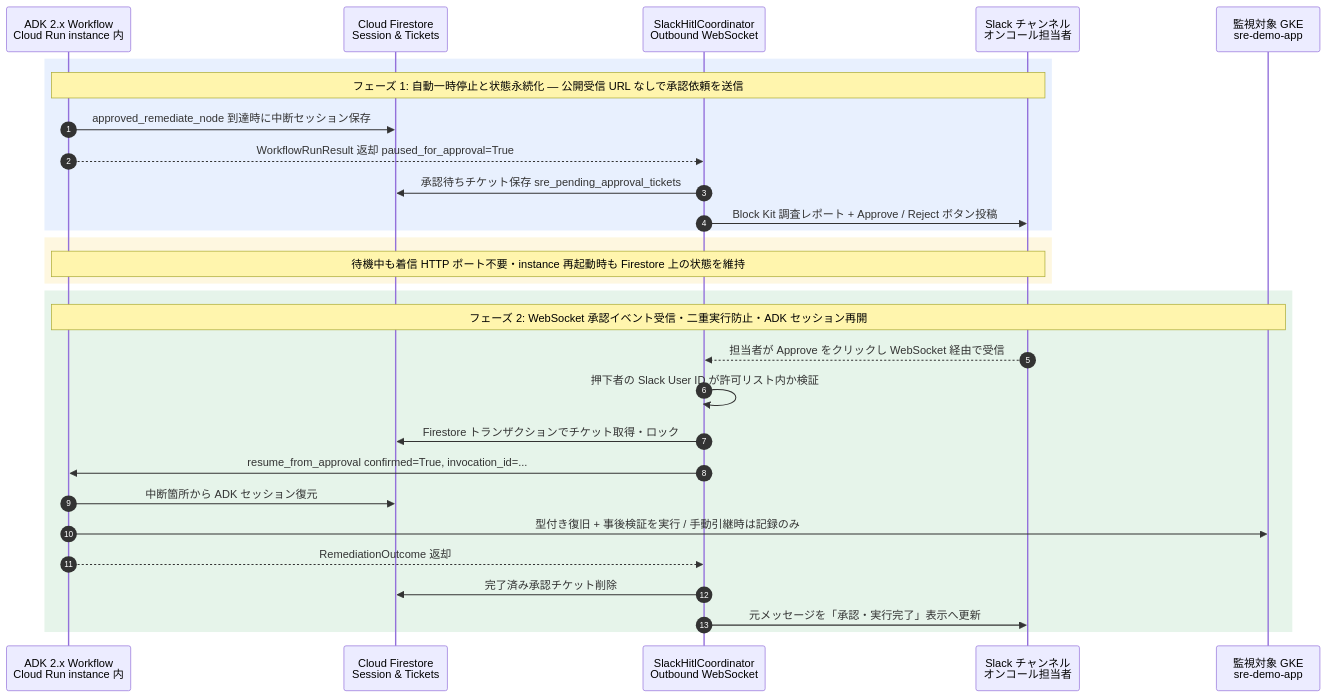
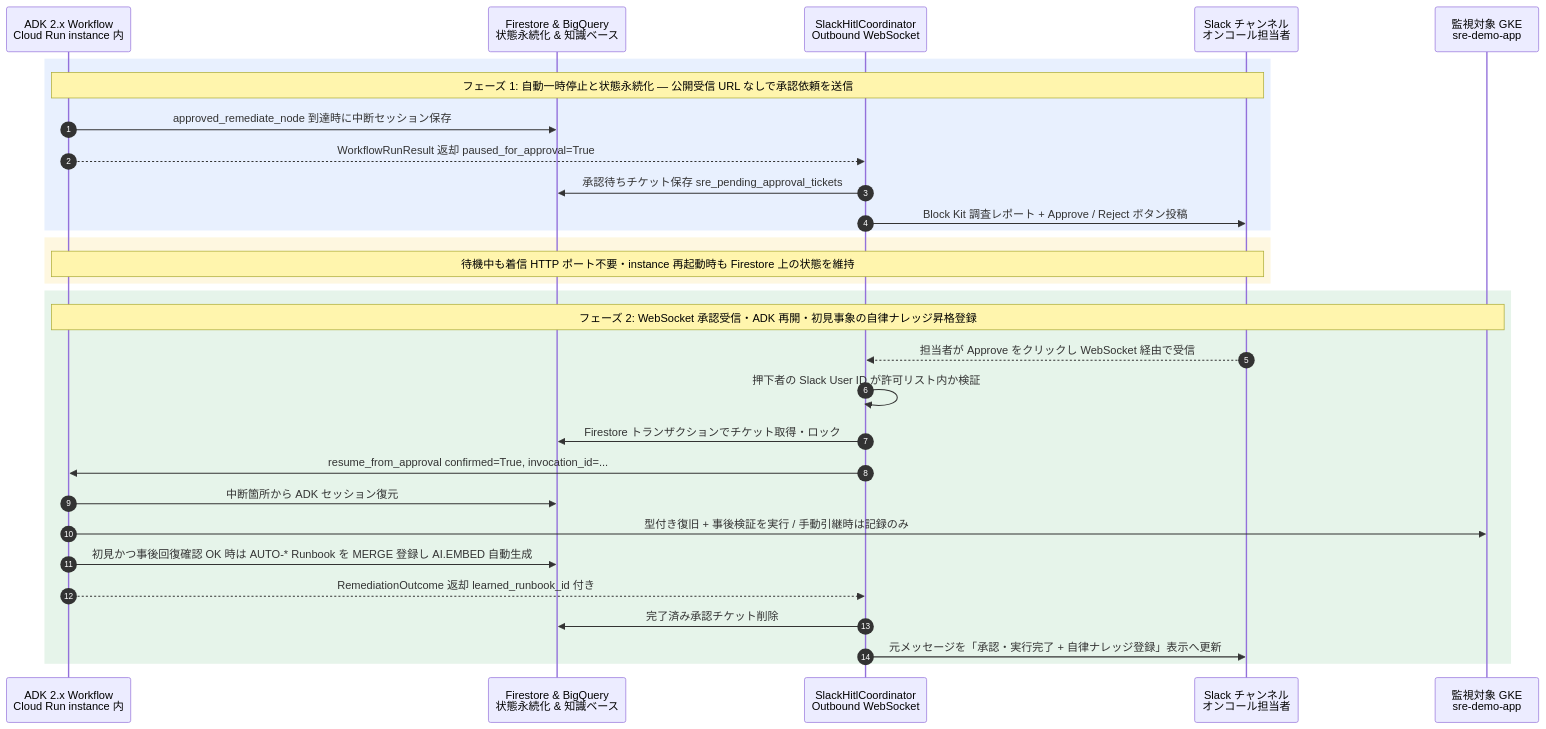
One commit to tyorikan/agentic-sre-handson changed the fourth of 4 diagrams in docs/04-auto-remediation-and-slack-hitl.md. Above: the diagram before and after it, drawn with Mermaid. The commit also changed other lines of this file and 34 other files, not shown here.

Commit message:
feat: BigQuery AI.EMBED自律埋め込み知識ベース・解決ナレッジ自律昇格・訓練4を追加

````diff
--- a/docs/04-auto-remediation-and-slack-hitl.md
+++ b/docs/04-auto-remediation-and-slack-hitl.md
@@ -160,34 +160,35 @@
 ```mermaid
 sequenceDiagram
     autonumber
     participant WF as ADK 2.x Workflow<br/>Cloud Run instance 内
-    participant DB as Cloud Firestore<br/>Session & Tickets
+    participant DB as Firestore & BigQuery<br/>状態永続化 & 知識ベース
     participant Bolt as SlackHitlCoordinator<br/>Outbound WebSocket
     participant Slack as Slack チャンネル<br/>オンコール担当者
     participant GKE as 監視対象 GKE<br/>sre-demo-app
 
     rect rgb(232, 240, 254)
         Note over WF,Slack: フェーズ 1: 自動一時停止と状態永続化 — 公開受信 URL なしで承認依頼を送信
         WF->>DB: approved_remediate_node 到達時に中断セッション保存
         WF-->>Bolt: WorkflowRunResult 返却 paused_for_approval=True
         Bolt->>DB: 承認待ちチケット保存 sre_pending_approval_tickets
         Bolt->>Slack: Block Kit 調査レポート + Approve / Reject ボタン投稿
     end
 
     rect rgb(254, 247, 224)
         Note over WF,Slack: 待機中も着信 HTTP ポート不要・instance 再起動時も Firestore 上の状態を維持
     end
 
     rect rgb(230, 244, 234)
-        Note over WF,GKE: フェーズ 2: WebSocket 承認イベント受信・二重実行防止・ADK セッション再開
+        Note over WF,GKE: フェーズ 2: WebSocket 承認受信・ADK 再開・初見事象の自律ナレッジ昇格登録
         Slack-->>Bolt: 担当者が Approve をクリックし WebSocket 経由で受信
         Bolt->>Bolt: 押下者の Slack User ID が許可リスト内か検証
         Bolt->>DB: Firestore トランザクションでチケット取得・ロック
         Bolt->>WF: resume_from_approval confirmed=True, invocation_id=...
         WF->>DB: 中断箇所から ADK セッション復元
         WF->>GKE: 型付き復旧 + 事後検証を実行 / 手動引継時は記録のみ
-        WF-->>Bolt: RemediationOutcome 返却
+        WF->>DB: 初見かつ事後回復確認 OK 時は AUTO-* Runbook を MERGE 登録し AI.EMBED 自動生成
+        WF-->>Bolt: RemediationOutcome 返却 learned_runbook_id 付き
         Bolt->>DB: 完了済み承認チケット削除
-        Bolt->>Slack: 元メッセージを「承認・実行完了」表示へ更新
+        Bolt->>Slack: 元メッセージを「承認・実行完了 + 自律ナレッジ登録」表示へ更新
     end
 ```
````
